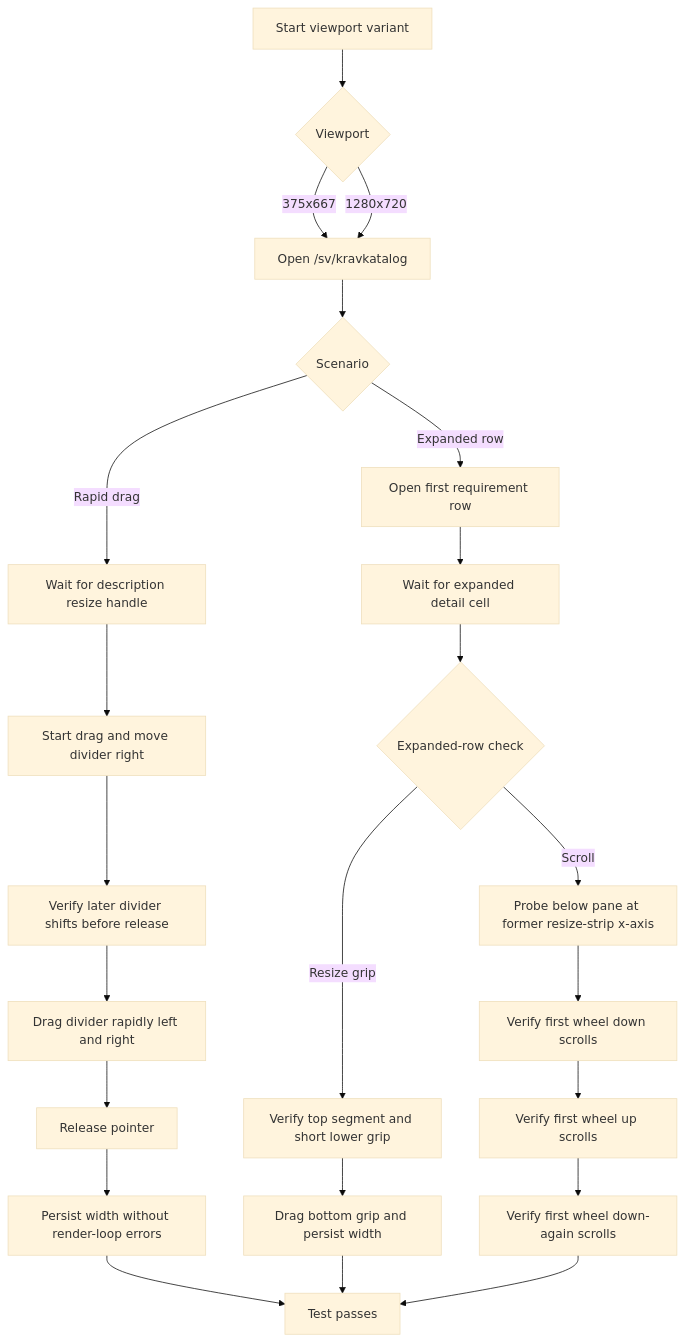
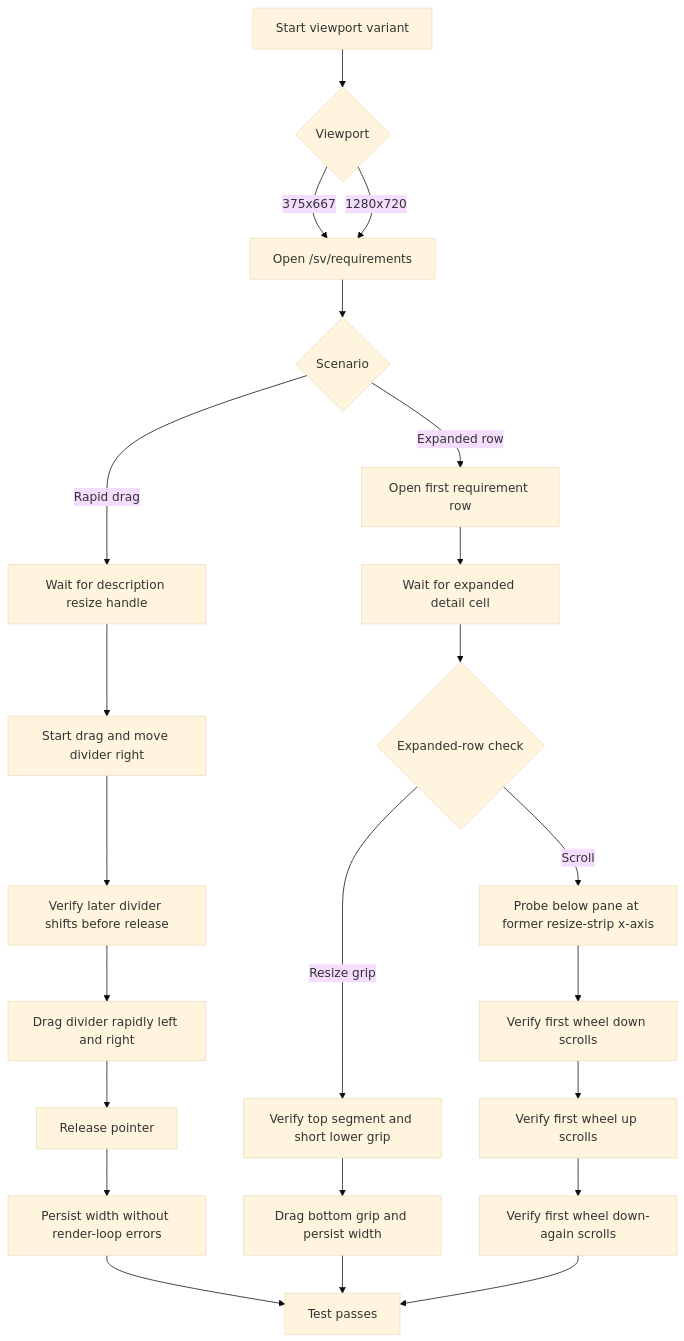
Before and after one commit to viscalyx/Kravhantering: the first of 4 diagrams in tests/integration/requirements-table-resize.md, drawn with Mermaid (base theme). The commit also changed other lines of this file and 36 other files, not shown here.

````diff
--- a/tests/integration/requirements-table-resize.md
+++ b/tests/integration/requirements-table-resize.md
@@ -34,25 +34,25 @@
 ```mermaid
 flowchart TD
     A[Start viewport variant] --> B{Viewport}
-    B -- 375x667 --> C[Open /sv/kravkatalog]
+    B -- 375x667 --> C[Open /sv/requirements]
     B -- 1280x720 --> C
     C --> D{Scenario}
     D -- Rapid drag --> E[Wait for description resize handle]
     E --> F[Start drag and move divider right]
     F --> G[Verify later divider shifts before release]
     G --> H[Drag divider rapidly left and right]
     H --> I[Release pointer]
     I --> J[Persist width without render-loop errors]
     D -- Expanded row --> K[Open first requirement row]
     K --> L[Wait for expanded detail cell]
     L --> M{Expanded-row check}
     M -- Resize grip --> N[Verify top segment and short lower grip]
     N --> O[Drag bottom grip and persist width]
     M -- Scroll --> Q[Probe below pane at former resize-strip x-axis]
     Q --> R[Verify first wheel down scrolls]
     R --> S[Verify first wheel up scrolls]
     S --> T[Verify first wheel down-again scrolls]
     J --> P[Test passes]
     O --> P
     T --> P
 ```
````
